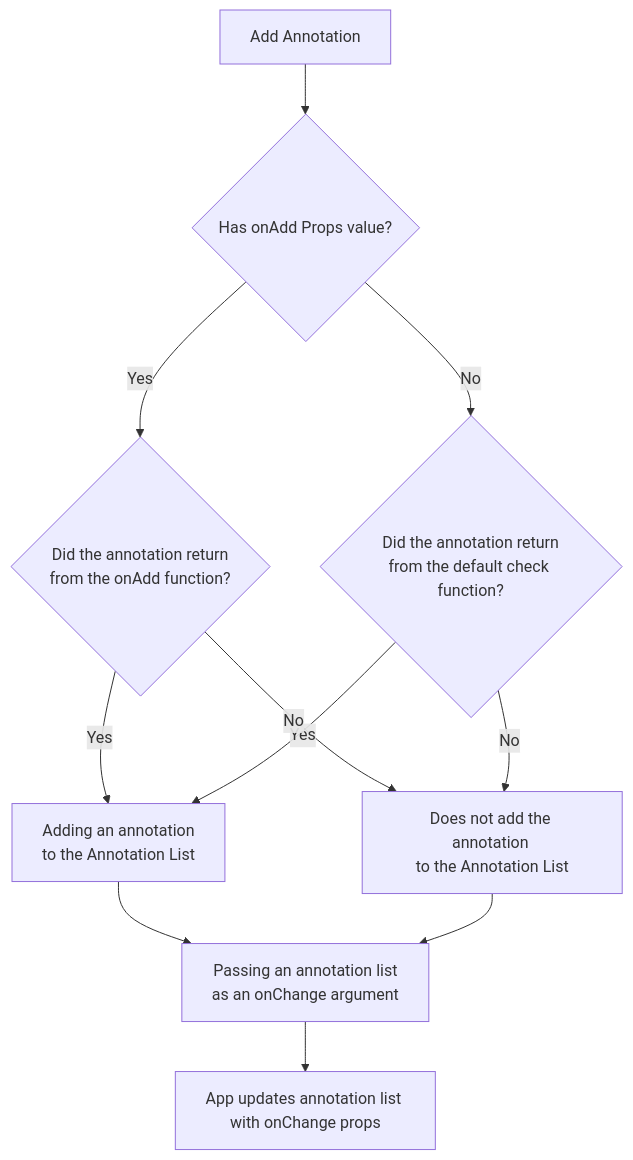
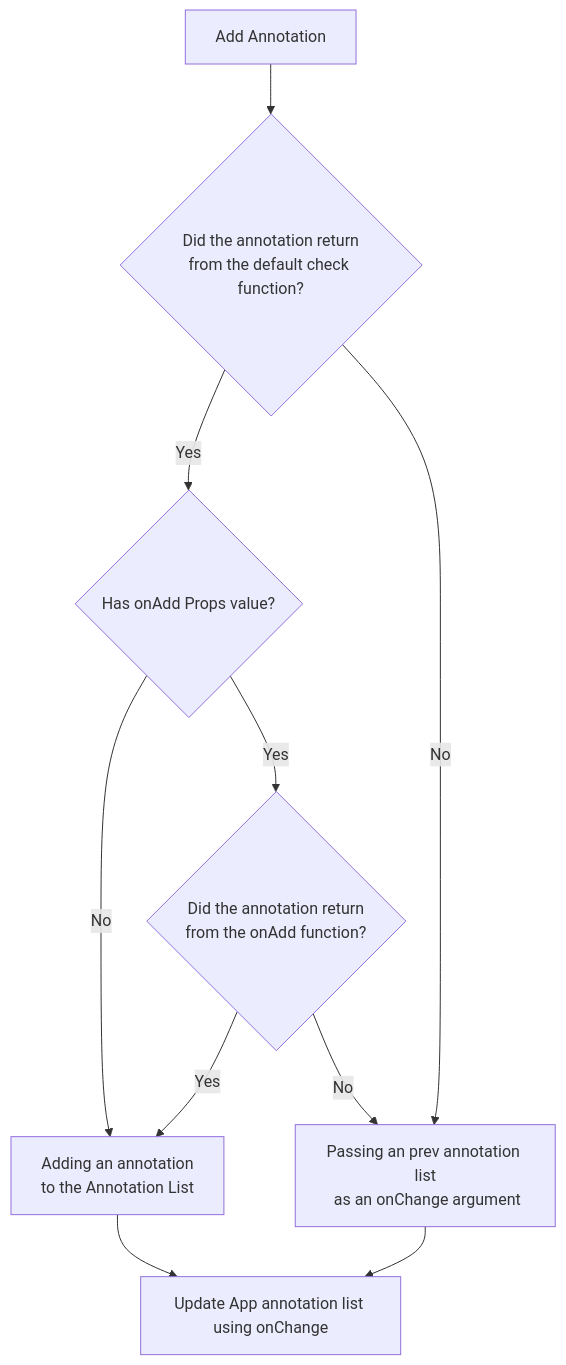
One commit to lunit-io/insight-viewer changed the diagram in rfcs/0003_AnnotationOverlay_onChange.md. Above: the diagram before and after it, drawn with Mermaid.

Commit message:
docs(root): update flowchart

````diff
--- a/rfcs/0003_AnnotationOverlay_onChange.md
+++ b/rfcs/0003_AnnotationOverlay_onChange.md
@@ -123,18 +123,12 @@
 ```mermaid
-flowchart TD
-    A[Add Annotation]-->B{Has onAdd Props value?}
-
-    B -- Yes --> C{Did the annotation return<br />from the onAdd function?}
-    B -- No --> D{Did the annotation return<br />from the default check function?}
-
-    C -- Yes --> E[Adding an annotation <br />to the Annotation List]
-    D -- Yes --> E[Adding an annotation <br />to the Annotation List]
-
-    C -- No --> F[Does not add the annotation <br />to the Annotation List]
-    D -- No --> F[Does not add the annotation <br />to the Annotation List]
-
-    E[Adding an annotation <br />to the Annotation List] --> G[Passing an annotation list<br /> as an onChange argument]
-    F[Does not add the annotation <br />to the Annotation List] --> G[Passing an annotation list<br /> as an onChange argument]
-
-    G[Passing an annotation list<br /> as an onChange argument] --> H[App updates annotation list with onChange props]
+  flowchart TD
+      A[Add Annotation]-->B{Did the annotation return<br />from the default check function?}
+      B -- Yes --> C{Has onAdd Props value?}
+      C -- Yes --> E{Did the annotation return<br />from the onAdd function?}
+      C -- No --> G[Adding an annotation <br />to the Annotation List]
+      E -- Yes --> G[Adding an annotation <br />to the Annotation List]
+      E -- No --> F[Passing a prev annotation list<br /> as an onChange argument]
+      B -- No --> F[Passing an prev annotation list<br /> as an onChange argument]
+      G-->H[Update App annotation list using onChange]
+      F-->H[Update App annotation list using onChange]
 ```
````
